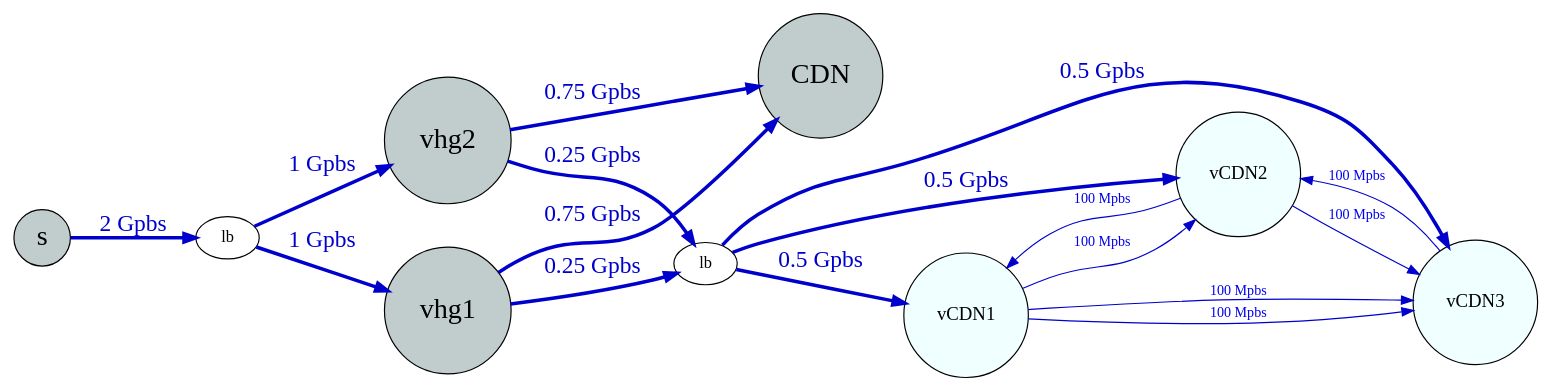
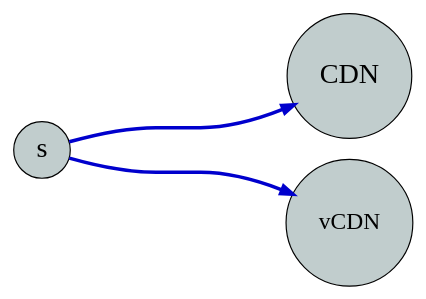
One commit to nherbaut/vCDN changed the diagram in paper/fig/service.dot. Above: the diagram before and after it, drawn with Graphviz. The commit also changed 12 other files, not shown here.

Commit message:
fig and paper...

```diff
--- a/paper/fig/service.dot
+++ b/paper/fig/service.dot
@@ -1,32 +1,20 @@
 digraph{rankdir=LR
  edge[color=blue3,weight=0];
  
  
- s->lb [ label="2 Gpbs", fontcolor=blue3 ,fontsize=20,penwidth=3];
- lb->vhg1 [ label="1 Gpbs", fontcolor=blue3 ,fontsize=20,penwidth=3];
- lb->vhg2 [ label="1 Gpbs", fontcolor=blue3 ,fontsize=20,penwidth=3];
- vhg1->CDN [ label="0.75 Gpbs" , fontcolor=blue3 ,fontsize=20,penwidth=3];
- vhg2->CDN [ label="0.75 Gpbs" , fontcolor=blue3 ,fontsize=20,penwidth=3];
- vhg1->lb2 [ label="0.25 Gpbs" , fontcolor=blue3 ,fontsize=20,penwidth=3];
- vhg2->lb2 [ label="0.25 Gpbs" , fontcolor=blue3 ,fontsize=20,penwidth=3];
- lb2->vCDN1 [ label="0.5 Gpbs", fontcolor=blue3 ,fontsize=20,penwidth=3];
- lb2->vCDN2 [ label="0.5 Gpbs", fontcolor=blue3 ,fontsize=20,penwidth=3];
- lb2->vCDN3 [ label="0.5 Gpbs", fontcolor=blue3 ,fontsize=20,penwidth=3];
+ s
+
  
- vCDN1->vCDN2 [ label="100 Mpbs", fontcolor=blue2 ,fontsize=12,penwidth=1];
- vCDN1->vCDN3 [ label="100 Mpbs", fontcolor=blue2 ,fontsize=12,penwidth=1];
- vCDN2->vCDN3 [ label="100 Mpbs", fontcolor=blue2 ,fontsize=12,penwidth=1];
- vCDN2->vCDN1 [ label="100 Mpbs", fontcolor=blue2 ,fontsize=12,penwidth=1];
- vCDN1->vCDN3 [ label="100 Mpbs", fontcolor=blue2 ,fontsize=12,penwidth=1];
- vCDN3->vCDN2 [ label="100 Mpbs", fontcolor=blue2 ,fontsize=12,penwidth=1];
+ s->CDN [  fontcolor=blue3 ,fontsize=20,penwidth=3,minlen=5];
+ 
+ s->vCDN [  fontcolor=blue3 ,fontsize=20,penwidth=3,minlen=5];
+ 
  
   
 s[shape=circle,fillcolor=azure3,style=filled,fontsize=24];
-vhg1[shape=circle,fillcolor=azure3,style=filled,fontsize=24];
-vhg2[shape=circle,fillcolor=azure3,style=filled,fontsize=24];
-vCDN1[shape=circle,fillcolor=azure1,style=filled,fontsize=16];
-vCDN2[shape=circle,fillcolor=azure1,style=filled,fontsize=16];
-vCDN3[shape=circle,fillcolor=azure1,style=filled,fontsize=16];
+
+
 CDN[shape=circle,fillcolor=azure3,style=filled,fontsize=24];
-lb2[label="lb"];
+vCDN[shape=circle,fillcolor=azure3,style=filled,fontsize=20];
+
  }
```
